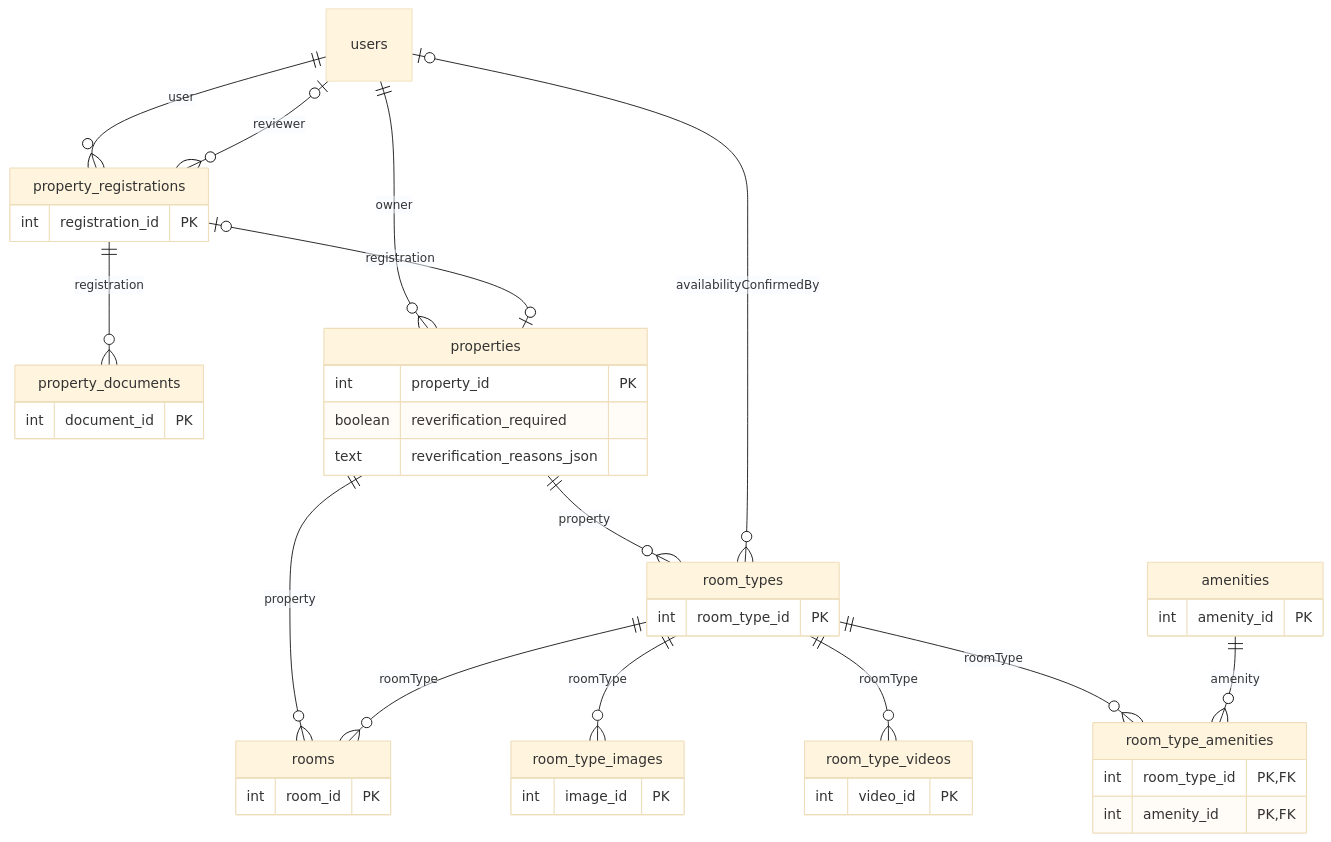
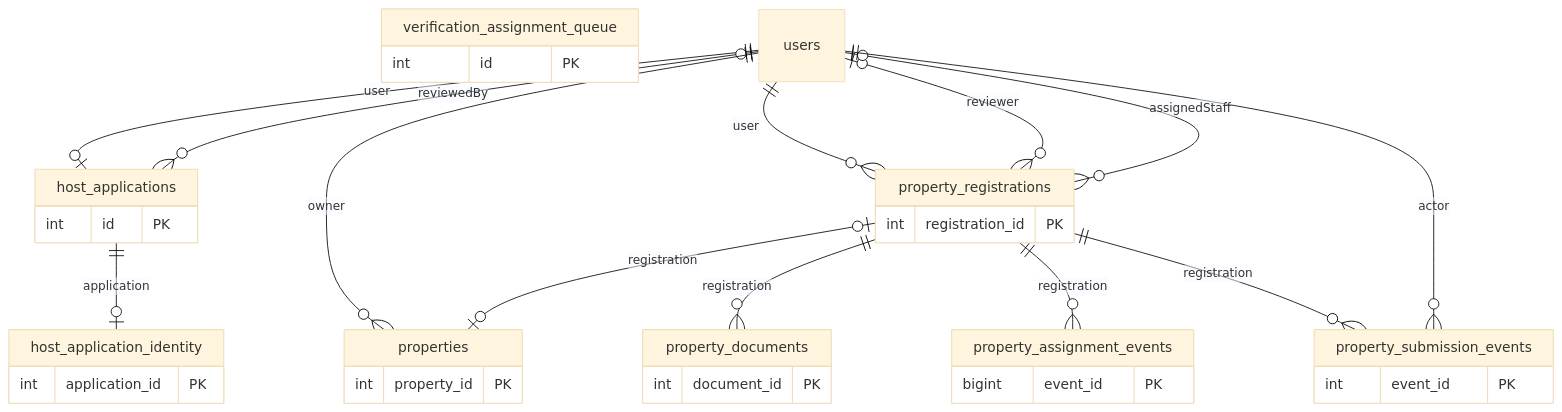
Before and after one commit to duyning/SEP_KS_G27: the second of 6 diagrams in docs/ERD.md, drawn with Mermaid (base theme). The commit also changed other lines of this file and 113 other files, not shown here.

````diff
--- a/docs/ERD.md
+++ b/docs/ERD.md
@@ -28,46 +36,39 @@
 ```mermaid
 erDiagram
+    host_applications {
+        int id PK
+    }
+    host_application_identity {
+        int application_id PK
+    }
+    properties {
+        int property_id PK
+    }
     property_registrations {
         int registration_id PK
     }
     property_documents {
         int document_id PK
     }
-    properties {
-        int property_id PK
-        boolean reverification_required
-        text reverification_reasons_json
+    property_assignment_events {
+        bigint event_id PK
     }
-    room_types {
-        int room_type_id PK
+    property_submission_events {
+        int event_id PK
     }
-    rooms {
-        int room_id PK
+    verification_assignment_queue {
+        int id PK
     }
-    room_type_images {
-        int image_id PK
-    }
-    room_type_videos {
-        int video_id PK
-    }
-    amenities {
-        int amenity_id PK
-    }
-    room_type_amenities {
-        int room_type_id PK,FK
-        int amenity_id PK,FK
-    }
+    users ||--o| host_applications : user
+    users |o--o{ host_applications : reviewedBy
+    host_applications ||--o| host_application_identity : application
+    users ||--o{ properties : owner
+    property_registrations |o--o| properties : registration
     users ||--o{ property_registrations : user
     users |o--o{ property_registrations : reviewer
+    users |o--o{ property_registrations : assignedStaff
     property_registrations ||--o{ property_documents : registration
-    users ||--o{ properties : owner
-    property_registrations |o--o| properties : registration
-    properties ||--o{ room_types : property
-    users |o--o{ room_types : availabilityConfirmedBy
-    properties ||--o{ rooms : property
-    room_types ||--o{ rooms : roomType
-    room_types ||--o{ room_type_images : roomType
-    room_types ||--o{ room_type_videos : roomType
-    room_types ||--o{ room_type_amenities : roomType
-    amenities ||--o{ room_type_amenities : amenity
+    property_registrations ||--o{ property_assignment_events : registration
+    property_registrations ||--o{ property_submission_events : registration
+    users ||--o{ property_submission_events : actor
 ```
````
